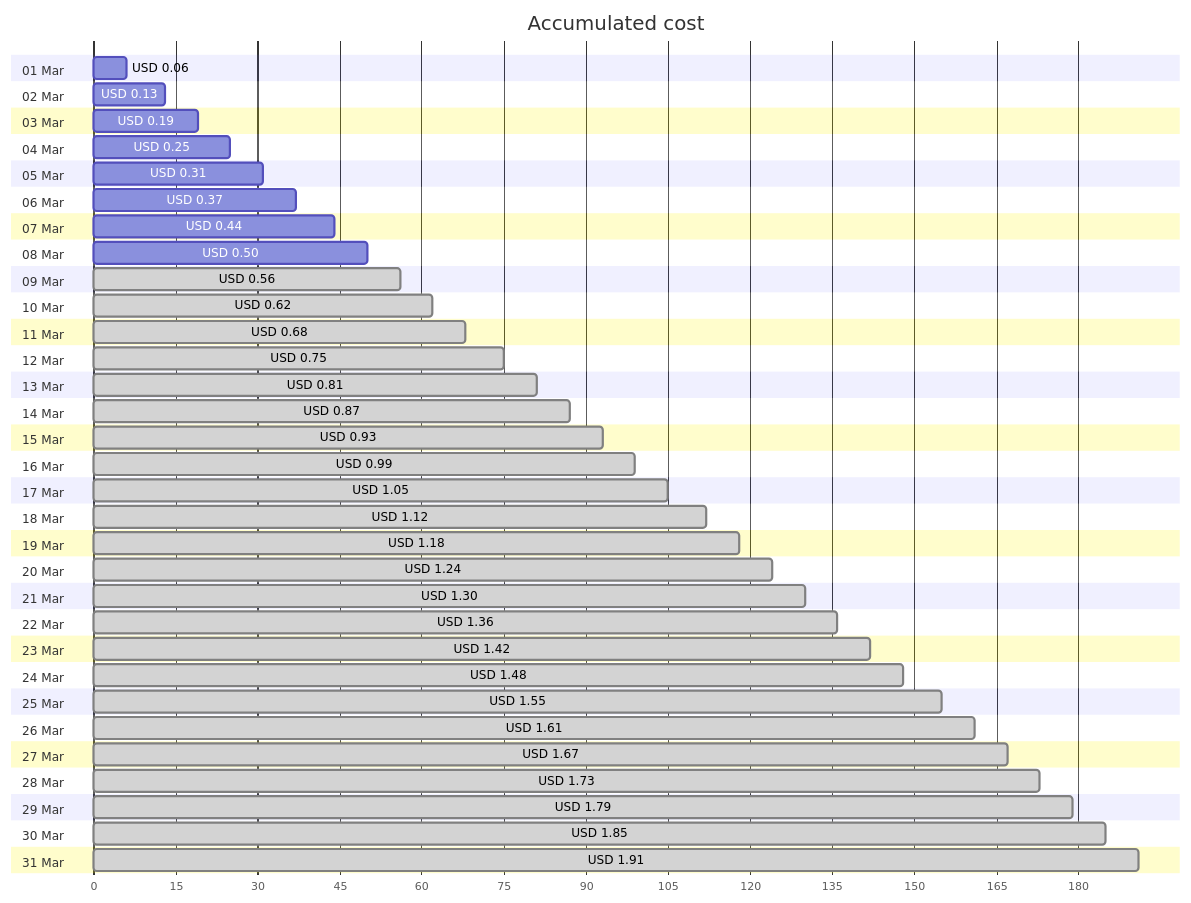
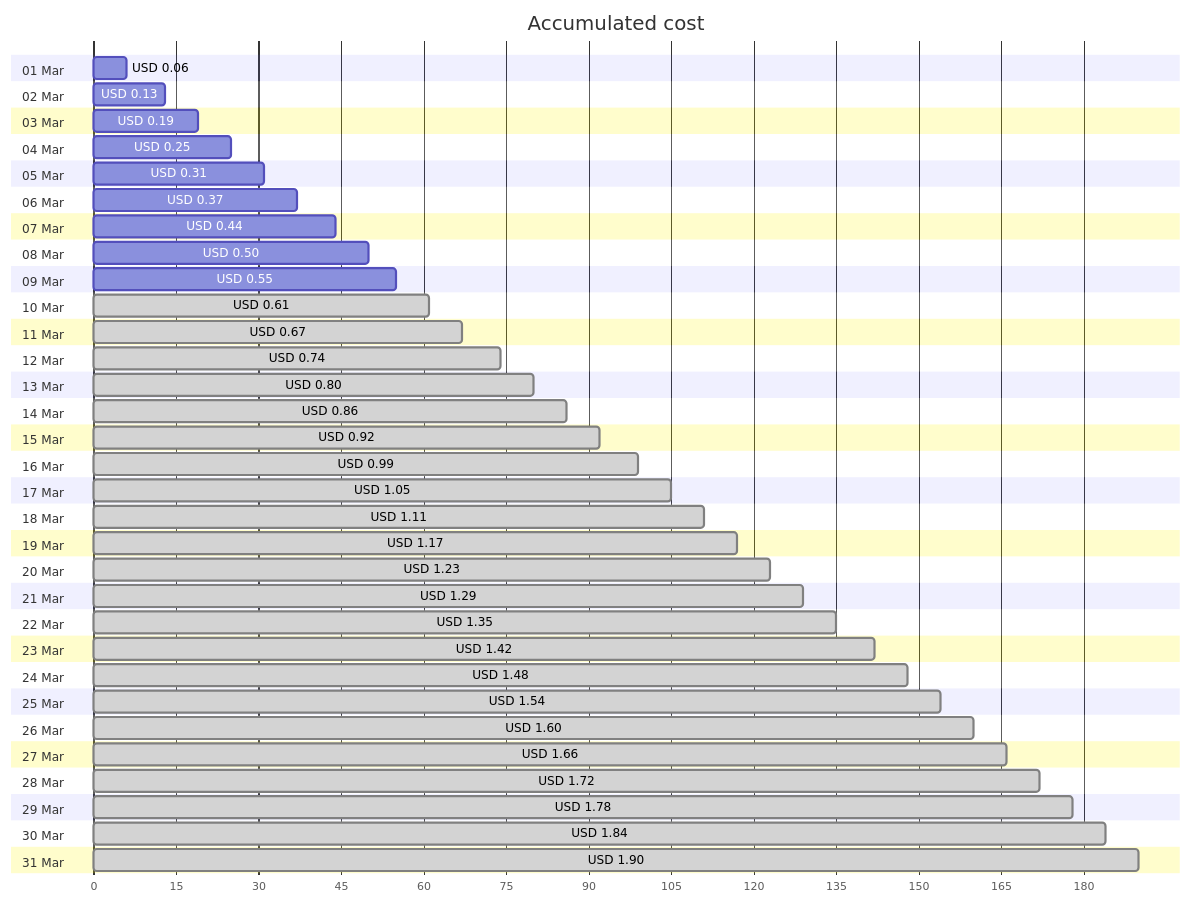
Before and after one commit to jpfulton/azure-personal-reports: the first of 4 diagrams in cost-reports/personal-network/backup-server_OsDisk.md, drawn with Mermaid. The commit also changed other lines of this file and 8 other files, not shown here.

````diff
--- a/cost-reports/personal-network/backup-server_OsDisk.md
+++ b/cost-reports/personal-network/backup-server_OsDisk.md
@@ -20,68 +20,68 @@
 ```mermaid
 gantt
    title Accumulated cost
    dateFormat  X
    axisFormat %s
    section 01 Mar
    USD 0.06 :0, 6
    section 02 Mar
    USD 0.13 :0, 13
    section 03 Mar
    USD 0.19 :0, 19
    section 04 Mar
    USD 0.25 :0, 25
    section 05 Mar
    USD 0.31 :0, 31
    section 06 Mar
    USD 0.37 :0, 37
    section 07 Mar
    USD 0.44 :0, 44
    section 08 Mar
    USD 0.50 :0, 50
    section 09 Mar
-   USD 0.56 : done, 0, 56
+   USD 0.55 :0, 55
    section 10 Mar
-   USD 0.62 : done, 0, 62
+   USD 0.61 : done, 0, 61
    section 11 Mar
-   USD 0.68 : done, 0, 68
+   USD 0.67 : done, 0, 67
    section 12 Mar
-   USD 0.75 : done, 0, 75
+   USD 0.74 : done, 0, 74
    section 13 Mar
-   USD 0.81 : done, 0, 81
+   USD 0.80 : done, 0, 80
    section 14 Mar
-   USD 0.87 : done, 0, 87
+   USD 0.86 : done, 0, 86
    section 15 Mar
-   USD 0.93 : done, 0, 93
+   USD 0.92 : done, 0, 92
    section 16 Mar
    USD 0.99 : done, 0, 99
    section 17 Mar
    USD 1.05 : done, 0, 105
    section 18 Mar
-   USD 1.12 : done, 0, 112
+   USD 1.11 : done, 0, 111
    section 19 Mar
-   USD 1.18 : done, 0, 118
+   USD 1.17 : done, 0, 117
    section 20 Mar
-   USD 1.24 : done, 0, 124
+   USD 1.23 : done, 0, 123
    section 21 Mar
-   USD 1.30 : done, 0, 130
+   USD 1.29 : done, 0, 129
    section 22 Mar
-   USD 1.36 : done, 0, 136
+   USD 1.35 : done, 0, 135
    section 23 Mar
    USD 1.42 : done, 0, 142
    section 24 Mar
    USD 1.48 : done, 0, 148
    section 25 Mar
-   USD 1.55 : done, 0, 155
+   USD 1.54 : done, 0, 154
    section 26 Mar
-   USD 1.61 : done, 0, 161
+   USD 1.60 : done, 0, 160
    section 27 Mar
-   USD 1.67 : done, 0, 167
+   USD 1.66 : done, 0, 166
    section 28 Mar
-   USD 1.73 : done, 0, 173
+   USD 1.72 : done, 0, 172
    section 29 Mar
-   USD 1.79 : done, 0, 179
+   USD 1.78 : done, 0, 178
    section 30 Mar
-   USD 1.85 : done, 0, 185
+   USD 1.84 : done, 0, 184
    section 31 Mar
-   USD 1.91 : done, 0, 191
+   USD 1.90 : done, 0, 190
 ```
````
